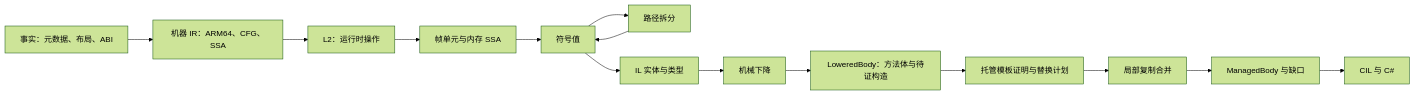
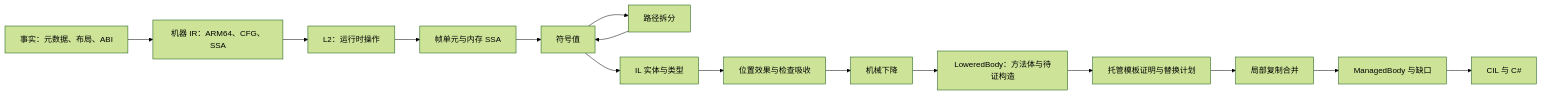
The diagram in docs/架构.md (MetaMikuAI/Cpp2CS), drawn with Mermaid (forest theme) before and after one commit. The commit also changed other lines of this file and 16 other files, not shown here.

````diff
--- a/docs/架构.md
+++ b/docs/架构.md
@@ -17,16 +17,17 @@
 ```mermaid
 flowchart LR
     Facts[事实：元数据、布局、ABI] --> Machine[机器 IR：ARM64、CFG、SSA]
     Machine --> L2[L2：运行时操作]
     L2 --> Memory[帧单元与内存 SSA]
     Memory --> Values[符号值]
     Values --> Shape[路径拆分]
     Shape --> Values
     Values --> Typing[IL 实体与类型]
-    Typing --> Lowering[机械下降]
+    Typing --> Effects[位置效果与检查吸收]
+    Effects --> Lowering[机械下降]
     Lowering --> Pending[LoweredBody：方法体与待证构造]
     Pending --> Templates[托管模板证明与替换计划]
     Templates --> Locals[局部复制合并]
     Locals --> Managed[ManagedBody 与缺口]
     Managed --> Output[CIL 与 C#]
 ```
````
